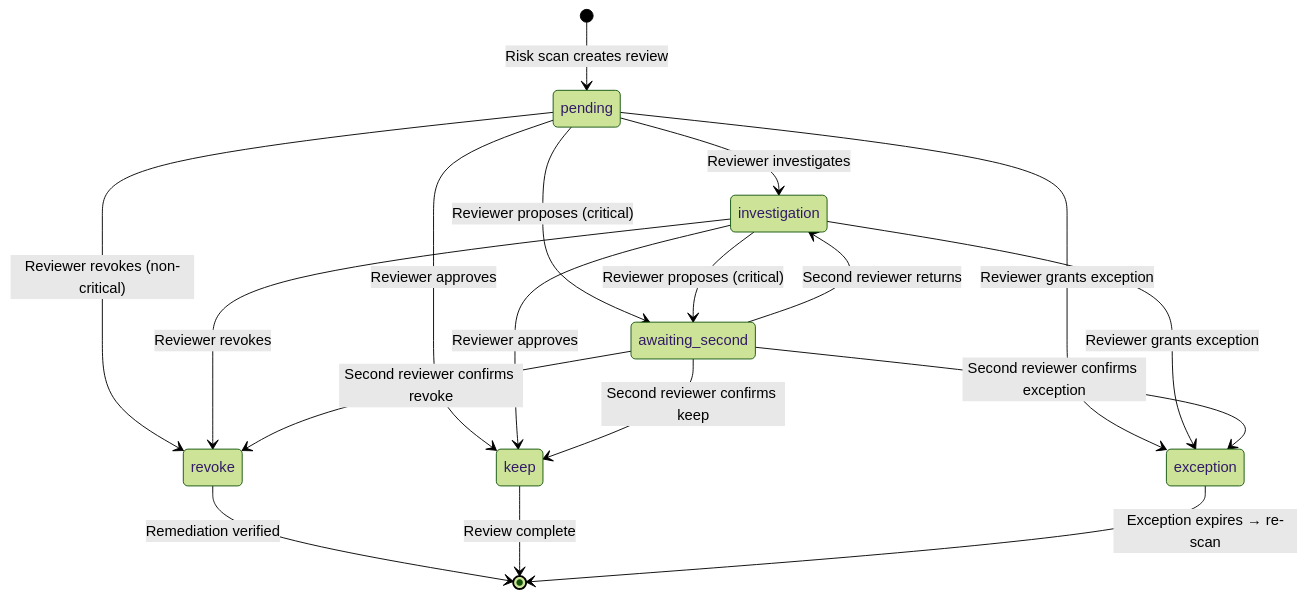
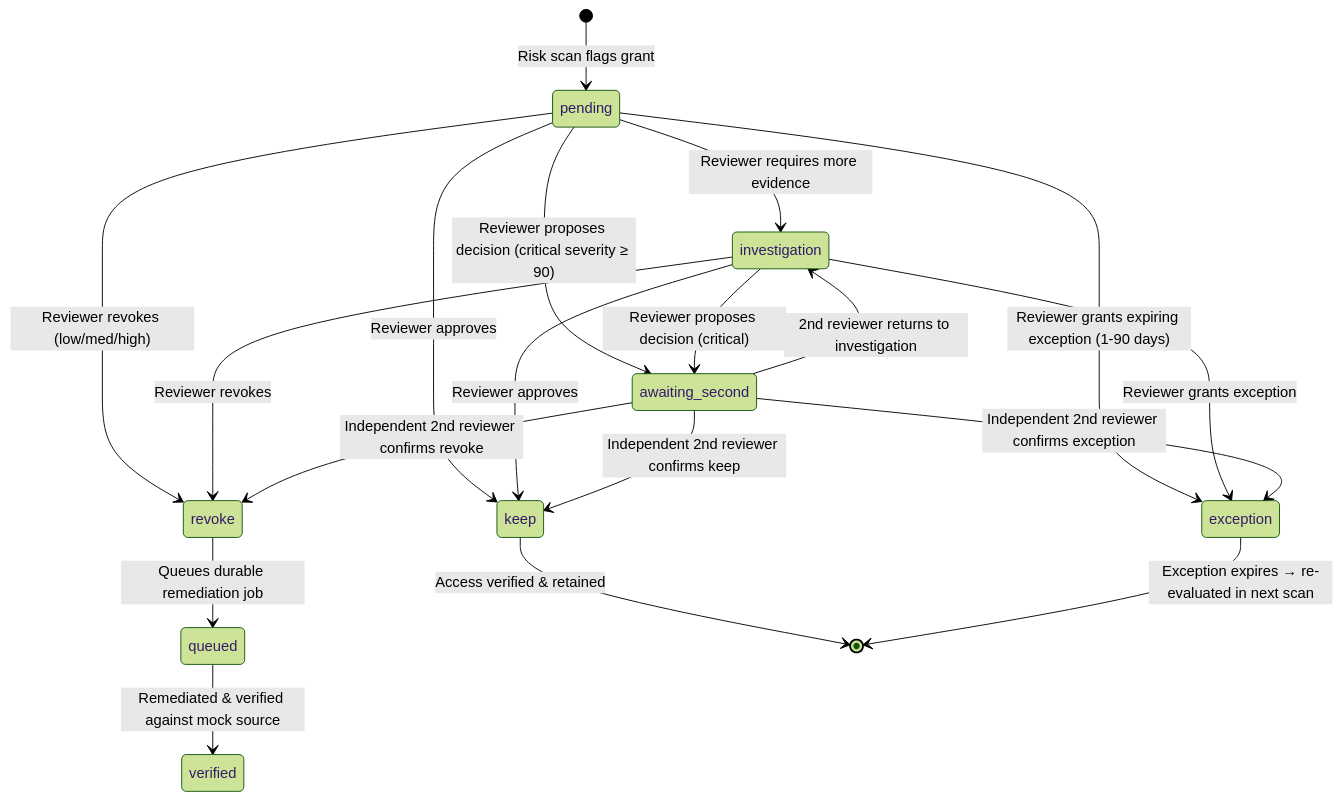
One commit to HashanHirantha/Access-Platform changed the second of 3 diagrams in .AI/ARCHITECTURE.md. Above: the diagram before and after it, drawn with Mermaid (forest theme). The commit also changed other lines of this file and 28 other files, not shown here.

Commit message:
feat: add backend API, architecture, and project structure documentation with FastAPI and PostgreSQL schema

````diff
--- a/.AI/ARCHITECTURE.md
+++ b/.AI/ARCHITECTURE.md
@@ -42,24 +74,25 @@
 ```mermaid
 stateDiagram-v2
-    [*] --> pending: Risk scan creates review
+    [*] --> pending: Risk scan flags grant
 
     pending --> keep: Reviewer approves
-    pending --> revoke: Reviewer revokes (non-critical)
-    pending --> exception: Reviewer grants exception
-    pending --> investigation: Reviewer investigates
-    pending --> awaiting_second: Reviewer proposes (critical)
+    pending --> revoke: Reviewer revokes (low/med/high)
+    pending --> exception: Reviewer grants expiring exception (1-90 days)
+    pending --> investigation: Reviewer requires more evidence
+    pending --> awaiting_second: Reviewer proposes decision (critical severity ≥ 90)
 
     investigation --> keep: Reviewer approves
     investigation --> revoke: Reviewer revokes
     investigation --> exception: Reviewer grants exception
-    investigation --> awaiting_second: Reviewer proposes (critical)
+    investigation --> awaiting_second: Reviewer proposes decision (critical)
 
-    awaiting_second --> keep: Second reviewer confirms keep
-    awaiting_second --> revoke: Second reviewer confirms revoke
-    awaiting_second --> exception: Second reviewer confirms exception
-    awaiting_second --> investigation: Second reviewer returns
+    awaiting_second --> keep: Independent 2nd reviewer confirms keep
+    awaiting_second --> revoke: Independent 2nd reviewer confirms revoke
+    awaiting_second --> exception: Independent 2nd reviewer confirms exception
+    awaiting_second --> investigation: 2nd reviewer returns to investigation
 
-    revoke --> [*]: Remediation verified
-    keep --> [*]: Review complete
-    exception --> [*]: Exception expires → re-scan
+    revoke --> queued: Queues durable remediation job
+    keep --> [*]: Access verified & retained
+    exception --> [*]: Exception expires → re-evaluated in next scan
+    queued --> verified: Remediated & verified against mock source
 ```
````
